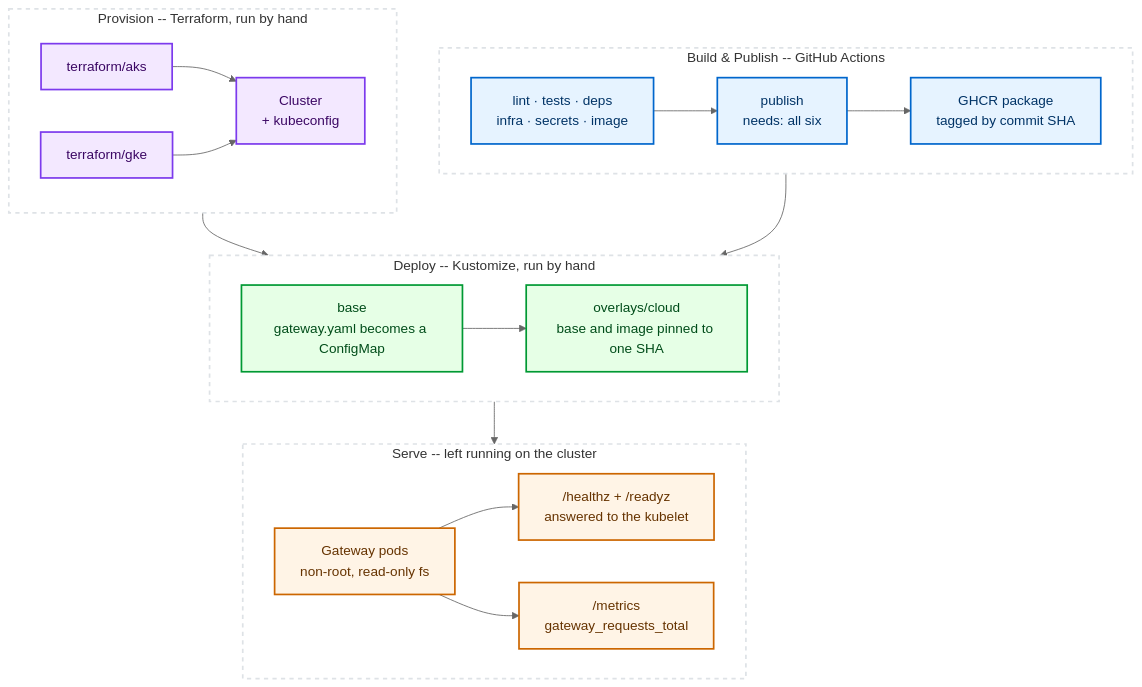
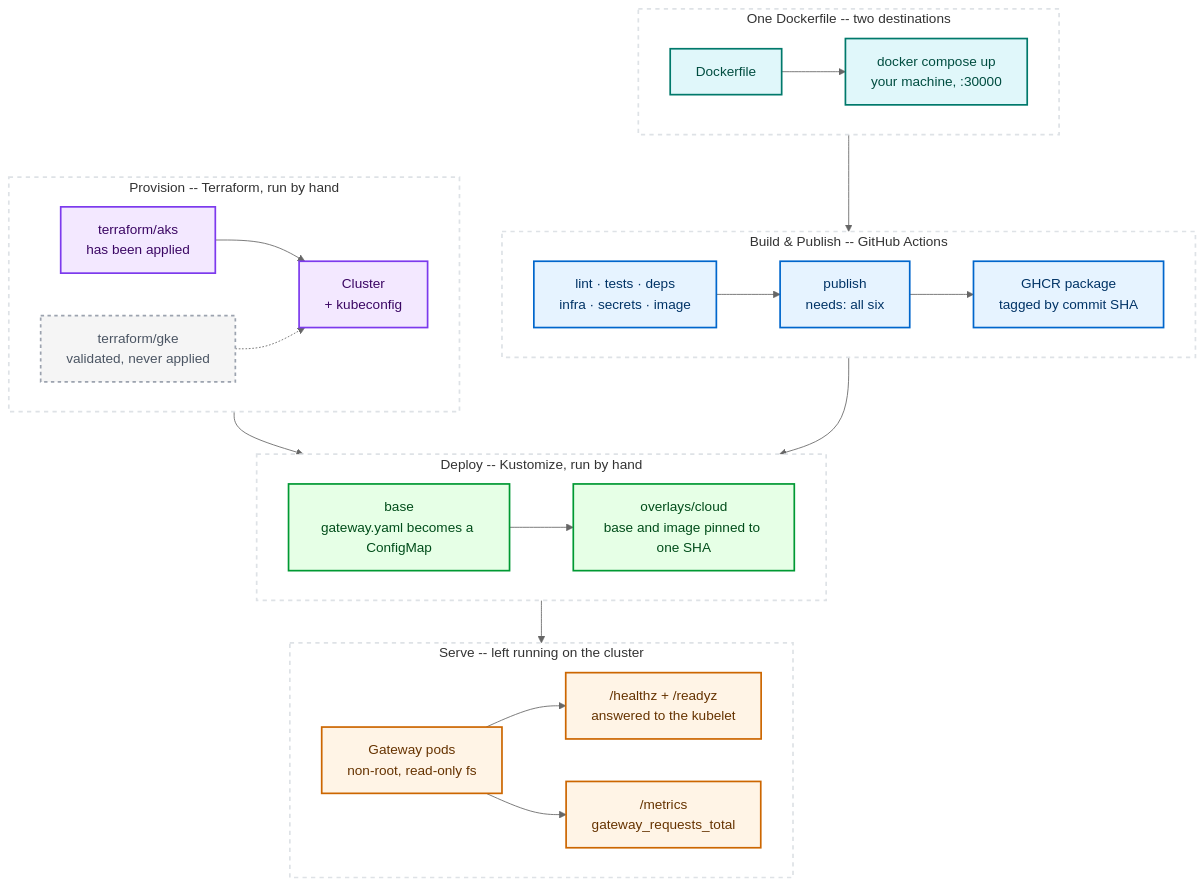
One commit to PoisonOakey/universal-api-gateway changed the second of 2 diagrams in README.md. Above: the diagram before and after it, drawn with Mermaid (neutral theme). The commit also changed other lines of this file and 1 other file, not shown here.

First line of the commit message:
docs: correct the delivery diagram

````diff
--- a/README.md
+++ b/README.md
@@ -104,39 +106,48 @@
 ```mermaid
 flowchart TD
     classDef ci fill:#e6f3ff,stroke:#0066cc,stroke-width:2px,color:#003366;
     classDef tf fill:#f3e8ff,stroke:#7c3aed,stroke-width:2px,color:#3b0764;
+    classDef tfx fill:#f5f5f5,stroke:#9ca3af,stroke-width:2px,stroke-dasharray: 4 4,color:#4b5563;
     classDef kz fill:#e6ffe6,stroke:#009933,stroke-width:2px,color:#004d1a;
     classDef run fill:#fff4e6,stroke:#cc6600,stroke-width:2px,color:#663300;
+    classDef dk fill:#e0f7fa,stroke:#00796b,stroke-width:2px,color:#004d40;
 
+    style Source fill:#ffffff,stroke:#dee2e6,stroke-width:2px,stroke-dasharray: 5 5,color:#333
     style Build fill:#ffffff,stroke:#dee2e6,stroke-width:2px,stroke-dasharray: 5 5,color:#333
     style Provision fill:#ffffff,stroke:#dee2e6,stroke-width:2px,stroke-dasharray: 5 5,color:#333
     style Deploy fill:#ffffff,stroke:#dee2e6,stroke-width:2px,stroke-dasharray: 5 5,color:#333
     style Serve fill:#ffffff,stroke:#dee2e6,stroke-width:2px,stroke-dasharray: 5 5,color:#333
+
+    subgraph Source [One Dockerfile -- two destinations]
+        direction LR
+        S["Dockerfile"]:::dk --> L["docker compose up<br/>your machine, :30000"]:::dk
+    end
 
     subgraph Build [Build &amp; Publish -- GitHub Actions]
         direction LR
         A["lint · tests · deps<br/>infra · secrets · image"]:::ci --> B["publish<br/>needs: all six"]:::ci
         B --> C["GHCR package<br/>tagged by commit SHA"]:::ci
     end
 
     subgraph Provision [Provision -- Terraform, run by hand]
         direction LR
-        D["terraform/aks"]:::tf --> F["Cluster<br/>+ kubeconfig"]:::tf
-        E["terraform/gke"]:::tf --> F
+        D["terraform/aks<br/>has been applied"]:::tf --> F["Cluster<br/>+ kubeconfig"]:::tf
+        E["terraform/gke<br/>validated, never applied"]:::tfx -.-> F
     end
 
     subgraph Deploy [Deploy -- Kustomize, run by hand]
         direction LR
         G["base<br/>gateway.yaml becomes a ConfigMap"]:::kz --> H["overlays/cloud<br/>base and image pinned to one SHA"]:::kz
     end
 
     subgraph Serve [Serve -- left running on the cluster]
         direction LR
         I["Gateway pods<br/>non-root, read-only fs"]:::run --> J["/healthz + /readyz<br/>answered to the kubelet"]:::run
         I --> K["/metrics<br/>gateway_requests_total"]:::run
     end
 
+    S --> A
     C --> H
     F --> G
     H --> I
 ```
````
